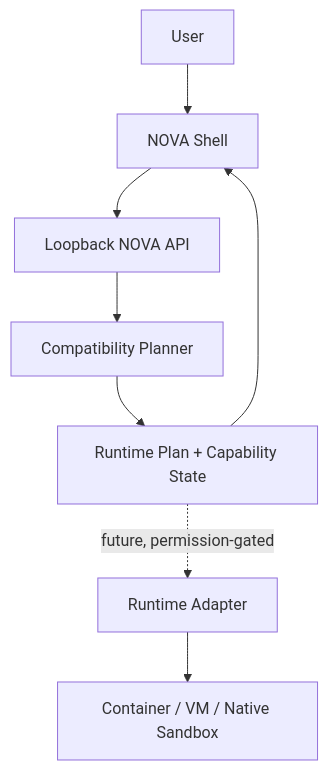
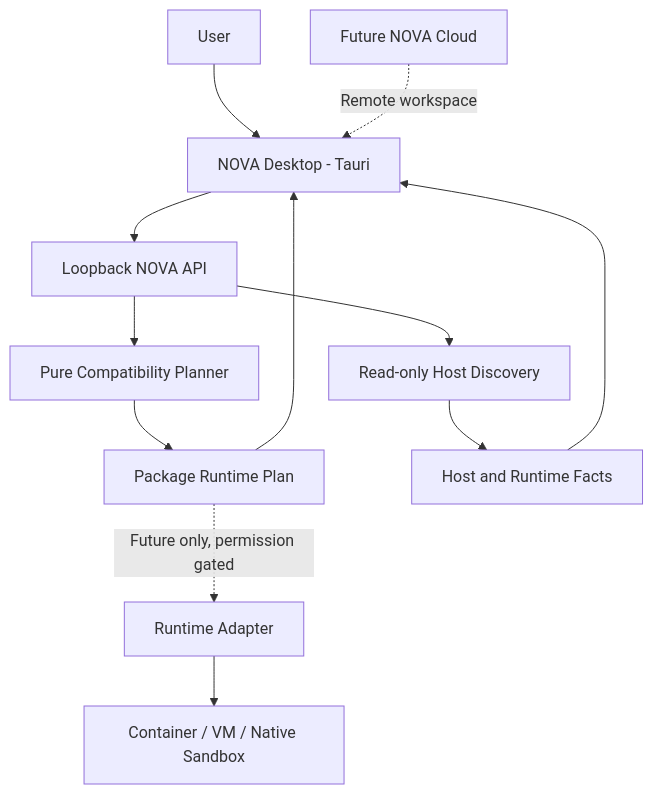
Before and after one commit to anshdeepofficial1/NOVA: the diagram in docs/architecture.md, drawn with Mermaid. The commit also changed other lines of this file, not shown here.

Commit message:
docs: specify NOVA OS and runtime architecture

```diff
--- a/docs/architecture.md
+++ b/docs/architecture.md
@@ -18,10 +31,14 @@
 ~~~mermaid
 flowchart TD
-  User[User] --> Shell[NOVA Shell]
-  Shell --> API[Loopback NOVA API]
-  API --> Core[Compatibility Planner]
-  Core --> Plan[Runtime Plan + Capability State]
-  Plan --> Shell
-  Plan -. future, permission-gated .-> Adapter[Runtime Adapter]
+  User[User] --> Desktop[NOVA Desktop - Tauri]
+  Desktop --> API[Loopback NOVA API]
+  API --> Core[Pure Compatibility Planner]
+  API --> Detect[Read-only Host Discovery]
+  Core --> Plan[Package Runtime Plan]
+  Detect --> Facts[Host and Runtime Facts]
+  Plan --> Desktop
+  Facts --> Desktop
+  Plan -. Future only, permission gated .-> Adapter[Runtime Adapter]
   Adapter --> Sandbox[Container / VM / Native Sandbox]
+  Cloud[Future NOVA Cloud] -. Remote workspace .-> Desktop
 ~~~
```
